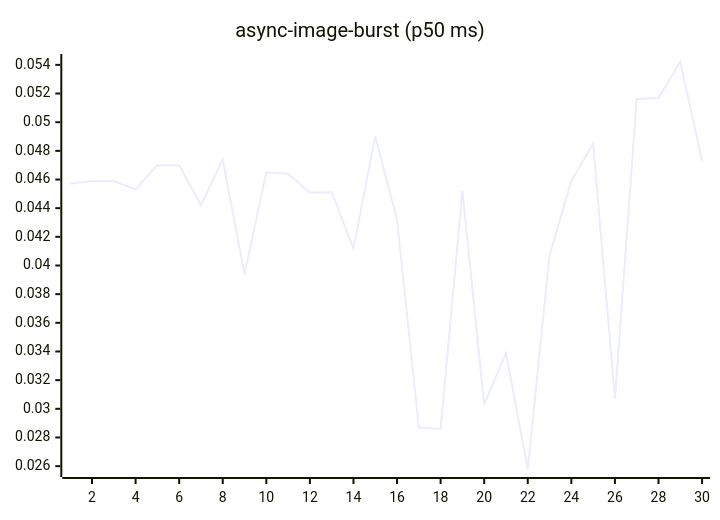
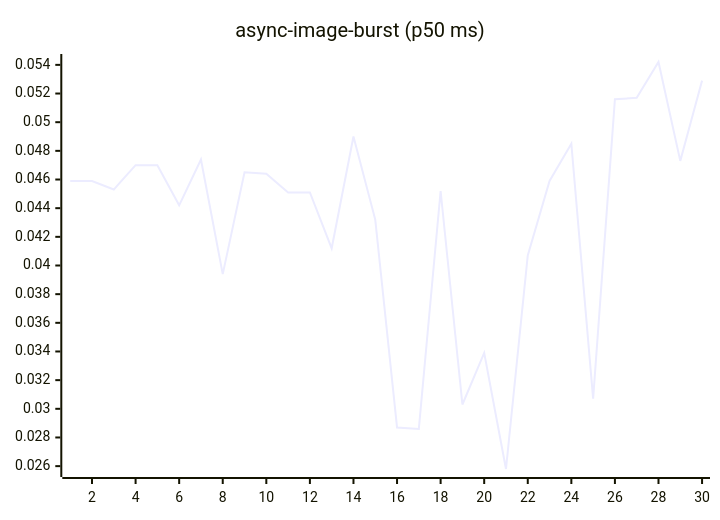
Before and after one commit to josha/Facet: the fourth of 27 diagrams in README.md, drawn with Mermaid. The commit also changed other lines of this file and 2 other files, not shown here.

````diff
--- a/README.md
+++ b/README.md
@@ -84,6 +84,6 @@
 ```mermaid
 xychart-beta
     title "async-image-burst (p50 ms)"
     x-axis 1 --> 30
-    line [0.0457, 0.0459, 0.0459, 0.0453, 0.0470, 0.0470, 0.0442, 0.0474, 0.0394, 0.0465, 0.0464, 0.0451, 0.0451, 0.0412, 0.0490, 0.0432, 0.0287, 0.0286, 0.0452, 0.0303, 0.0339, 0.0258, 0.0407, 0.0459, 0.0485, 0.0307, 0.0516, 0.0517, 0.0542, 0.0473]
+    line [0.0459, 0.0459, 0.0453, 0.0470, 0.0470, 0.0442, 0.0474, 0.0394, 0.0465, 0.0464, 0.0451, 0.0451, 0.0412, 0.0490, 0.0432, 0.0287, 0.0286, 0.0452, 0.0303, 0.0339, 0.0258, 0.0407, 0.0459, 0.0485, 0.0307, 0.0516, 0.0517, 0.0542, 0.0473, 0.0529]
 ```
````
